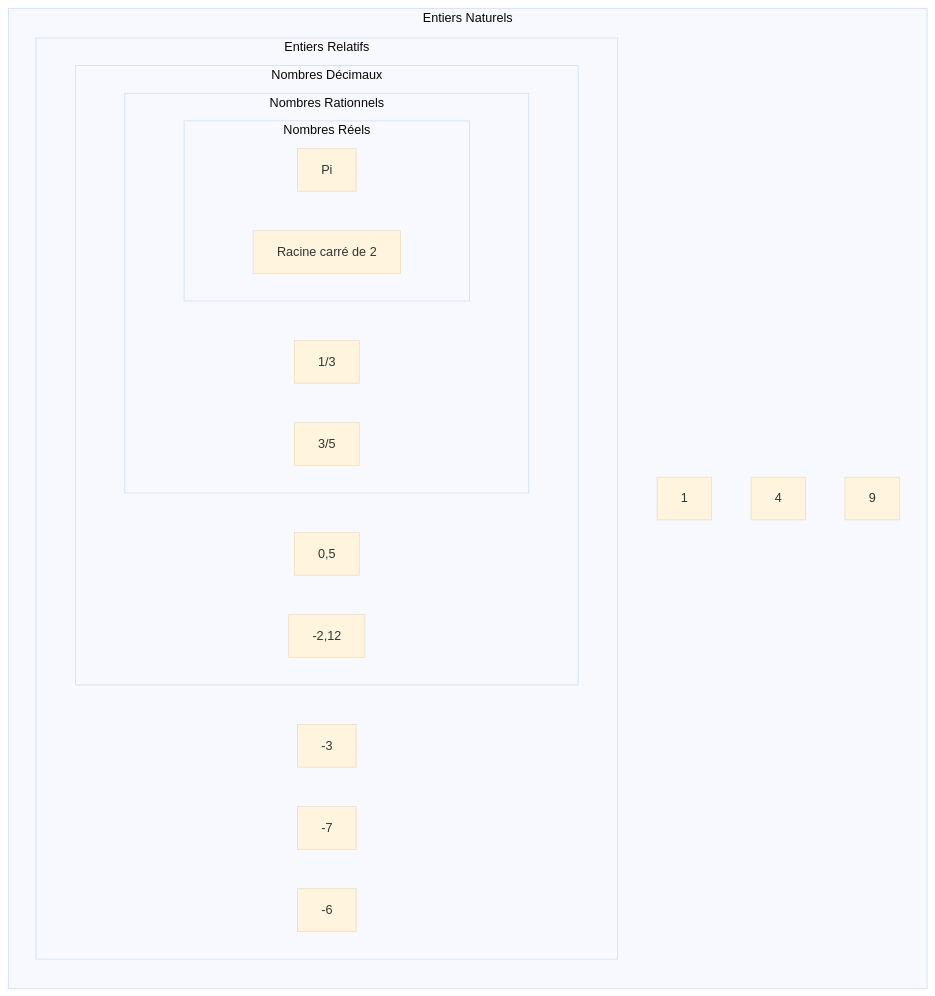
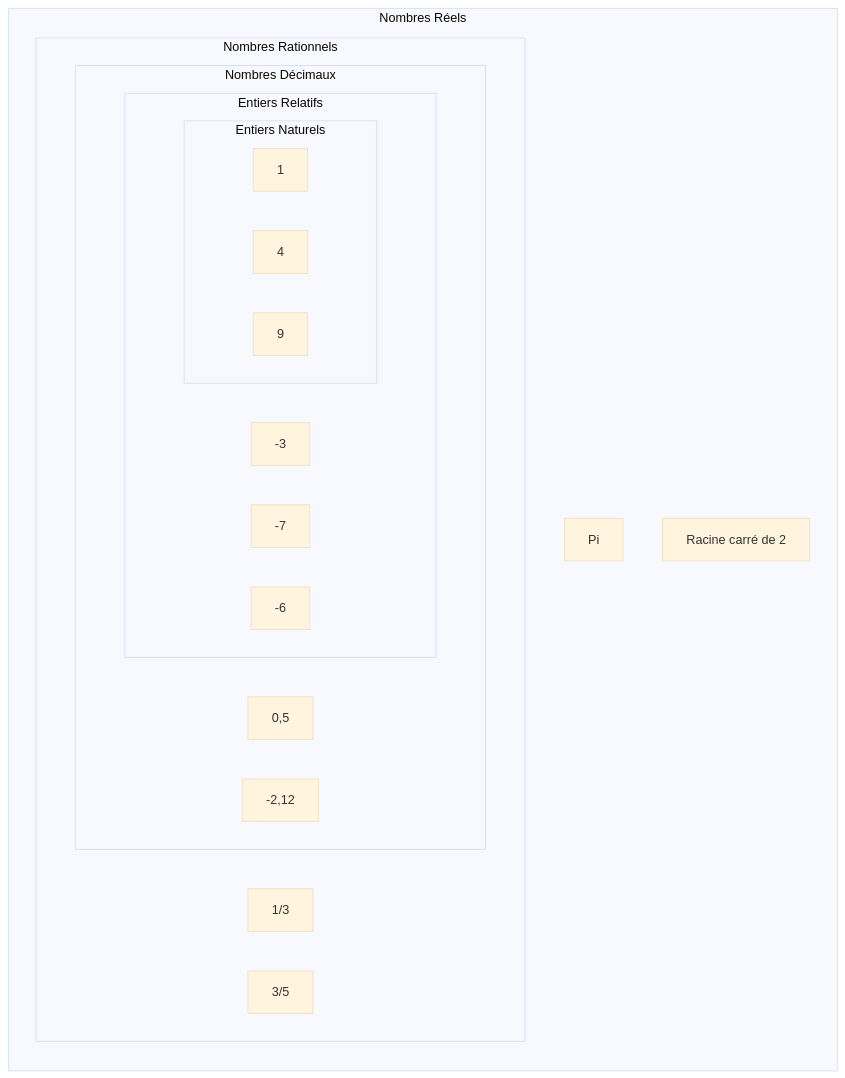
The diagram in première/Représentation_des_nombres_en_machine/Représentation_des_entiers_naturels.md (boddaert/nsi), drawn with Mermaid (base theme) before and after one commit. The commit also changed 1 other file, not shown here.

````diff
--- a/première/Représentation_des_nombres_en_machine/Représentation_des_entiers_naturels.md
+++ b/première/Représentation_des_nombres_en_machine/Représentation_des_entiers_naturels.md
@@ -5,25 +5,25 @@
 ```mermaid
 flowchart LR
-  subgraph Entiers Naturels
-    A[1]
-    B[4]
-    C[9]
-    subgraph Entiers Relatifs
-        D[-3]
-        E[-7]
-        F[-6]
+  subgraph Nombres Réels
+    K[Pi]
+    L[Racine carré de 2]
+    subgraph Nombres Rationnels
+        I[1/3]
+        J[3/5]
         subgraph Nombres Décimaux
             G[0,5]
             H[-2,12]
-            subgraph Nombres Rationnels
-                I[1/3]
-                J[3/5]
-                subgraph Nombres Réels
-                    K[Pi]
-                    L[Racine carré de 2]
+            subgraph Entiers Relatifs
+                D[-3]
+                E[-7]
+                F[-6]
+                subgraph Entiers Naturels
+                    A[1]
+                    B[4]
+                    C[9]
                 end
             end
         end
     end
   end
 ```
````
